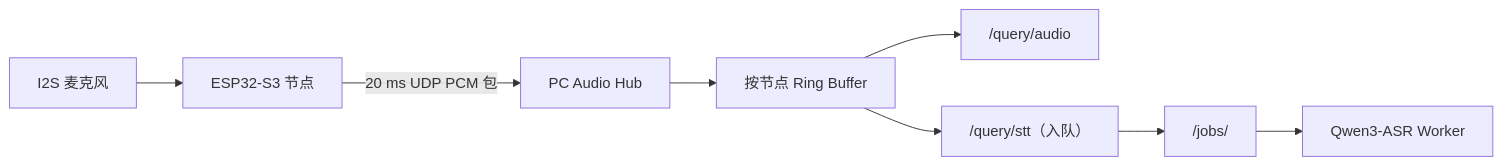
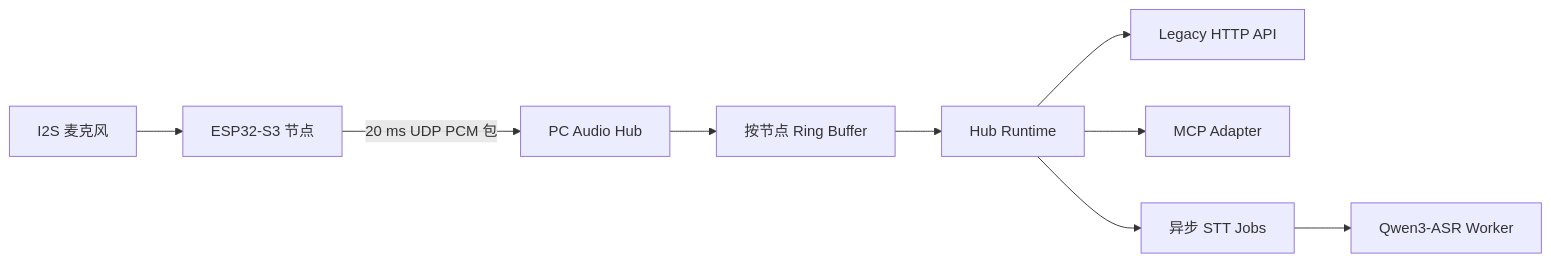
The second of 2 diagrams in README.zh-CN.md (Tobi1chi/EchoTrigger), drawn with Mermaid before and after one commit. The commit also changed other lines of this file and 14 other files, not shown here.

Commit message:
Add MCP adapter for pc_hub

````diff
--- a/README.zh-CN.md
+++ b/README.zh-CN.md
@@ -66,10 +66,11 @@
 ```mermaid
 flowchart LR
   mic["I2S 麦克风"] --> esp["ESP32-S3 节点"]
   esp -->|"20 ms UDP PCM 包"| hub["PC Audio Hub"]
   hub --> ring["按节点 Ring Buffer"]
-  ring --> audio["/query/audio"]
-  ring --> stt["/query/stt（入队）"]
-  stt --> jobs["/jobs/<job_id>"]
+  ring --> runtime["Hub Runtime"]
+  runtime --> legacy["Legacy HTTP API"]
+  runtime --> mcp["MCP Adapter"]
+  runtime --> jobs["异步 STT Jobs"]
   jobs --> asr["Qwen3-ASR Worker"]
 ```
````
